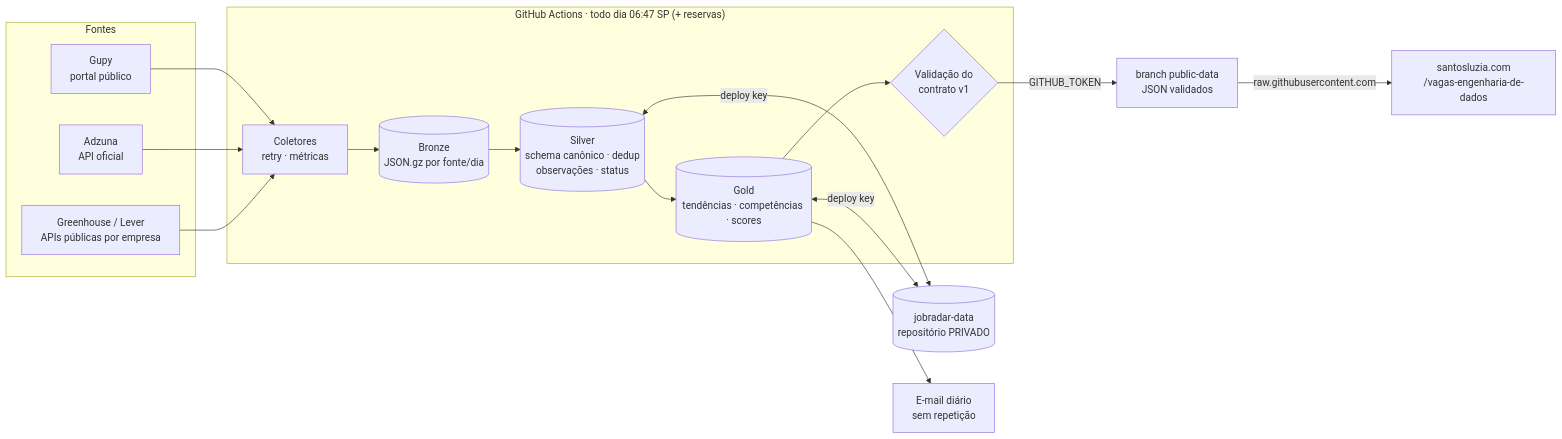
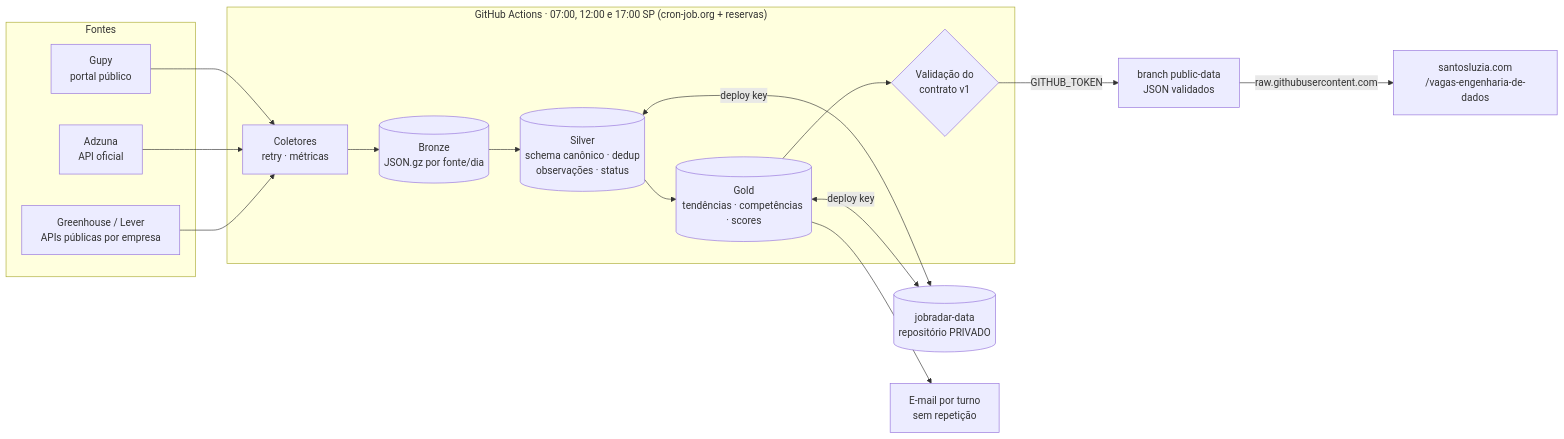
One commit to santosluzia/JobRadar changed the diagram in README.md. Above: the diagram before and after it, drawn with Mermaid. The commit also changed other lines of this file and 7 other files, not shown here.

First line of the commit message:
Agendamento: 3 turnos por dia disparados pelo cron-job.org

````diff
--- a/README.md
+++ b/README.md
@@ -50,19 +50,19 @@
 ```mermaid
 flowchart LR
   subgraph Fontes
     G[Gupy<br/>portal público]
     A[Adzuna<br/>API oficial]
     GH[Greenhouse / Lever<br/>APIs públicas por empresa]
   end
-  subgraph Actions["GitHub Actions · todo dia 06:47 SP (+ reservas)"]
+  subgraph Actions["GitHub Actions · 07:00, 12:00 e 17:00 SP (cron-job.org + reservas)"]
     C[Coletores<br/>retry · métricas] --> B[(Bronze<br/>JSON.gz por fonte/dia)]
     B --> S[(Silver<br/>schema canônico · dedup<br/>observações · status)]
     S --> GO[(Gold<br/>tendências · competências · scores)]
     GO --> V{Validação do<br/>contrato v1}
   end
   G & A & GH --> C
   S & GO <-->|deploy key| P[(jobradar-data<br/>repositório PRIVADO)]
   V -->|GITHUB_TOKEN| PD[branch public-data<br/>JSON validados]
-  GO --> E[E-mail diário<br/>sem repetição]
+  GO --> E[E-mail por turno<br/>sem repetição]
   PD -->|raw.githubusercontent.com| SITE[santosluzia.com<br/>/vagas-engenharia-de-dados]
 ```
````
